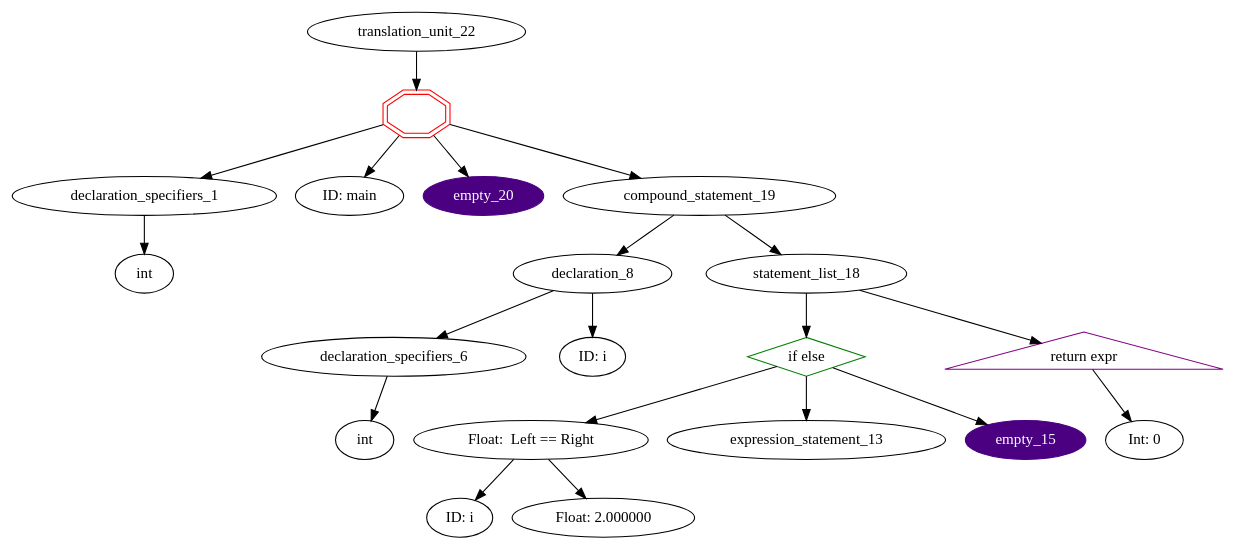
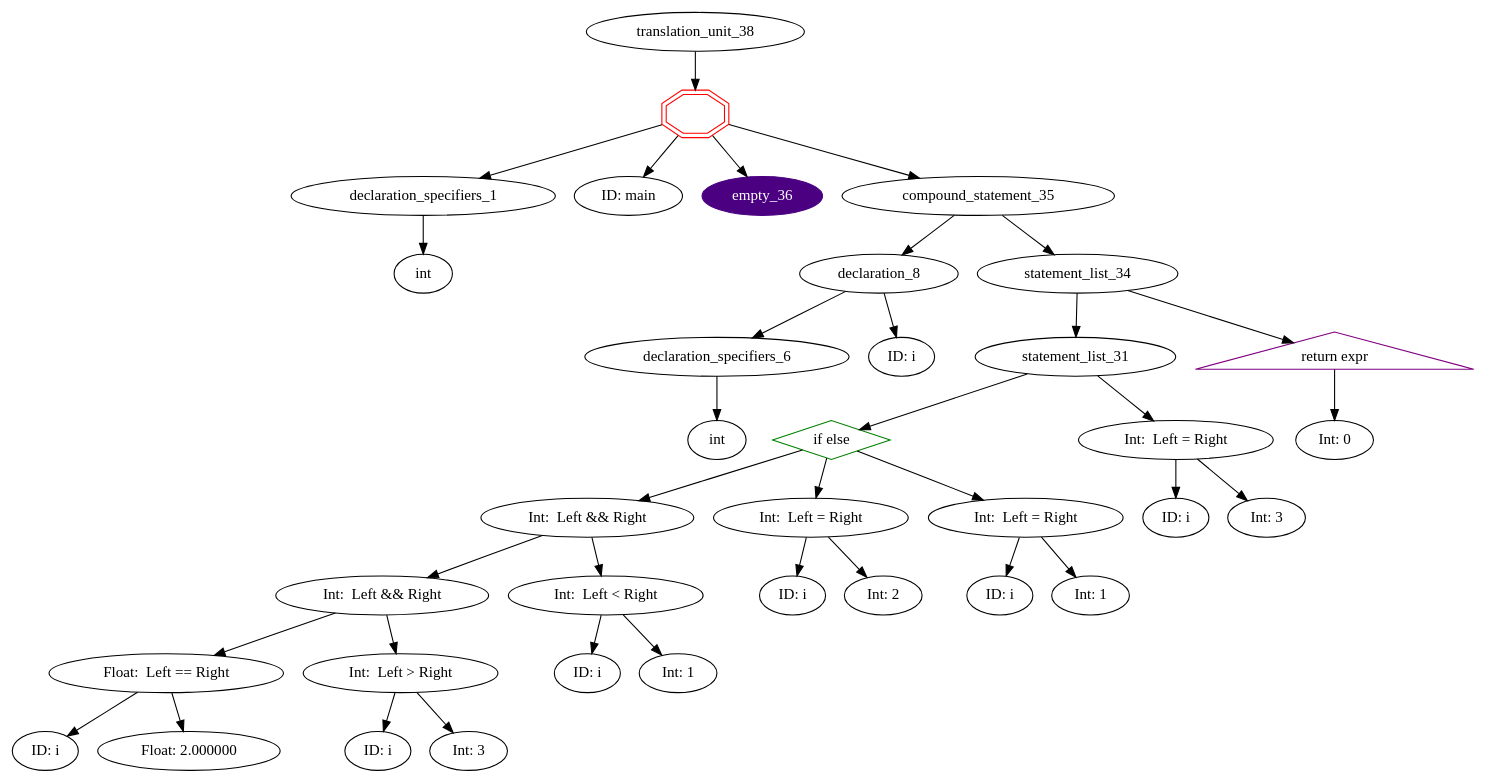
The diagram in graphs/default.gv (ahpalmerUNR/c_compiler), drawn with Graphviz before and after one commit. The commit also changed 4 other files, not shown here.

```diff
--- a/graphs/default.gv
+++ b/graphs/default.gv
@@ -1,37 +1,69 @@
 digraph AST {
-	translation_unit_22 -> function_definition_21;
-	function_definition_21 [shape=doubleoctagon,color=red,label=""]
-	function_definition_21 -> declaration_specifiers_1;
+	translation_unit_38 -> function_definition_37;
+	function_definition_37 [shape=doubleoctagon,color=red,label=""]
+	function_definition_37 -> declaration_specifiers_1;
 	declaration_specifiers_1 [label="declaration_specifiers_1"]
 	declaration_specifiers_1 -> type_specifier_0;
 	type_specifier_0 [label="int"]
-	function_definition_21 -> identifier_2;
+	function_definition_37 -> identifier_2;
 	identifier_2 [label="ID: main"]
-	function_definition_21 -> empty_20;
-	empty_20 [style=filled,color=indigo,fontcolor=white]
-	function_definition_21 -> compound_statement_19;
-	compound_statement_19 -> declaration_8;
+	function_definition_37 -> empty_36;
+	empty_36 [style=filled,color=indigo,fontcolor=white]
+	function_definition_37 -> compound_statement_35;
+	compound_statement_35 -> declaration_8;
 	declaration_8 [label="declaration_8"]
 	declaration_8 -> declaration_specifiers_6;
 	declaration_specifiers_6 [label="declaration_specifiers_6"]
 	declaration_specifiers_6 -> type_specifier_5;
 	type_specifier_5 [label="int"]
 	declaration_8 -> identifier_7;
 	identifier_7 [label="ID: i"]
-	compound_statement_19 -> statement_list_18;
-	statement_list_18 -> selection_statement_14;
-	selection_statement_14 [shape=diamond,color=green,label="if else"]
-	selection_statement_14 -> equality_expression_11;
+	compound_statement_35 -> statement_list_34;
+	statement_list_34 -> statement_list_31;
+	statement_list_31 -> selection_statement_27;
+	selection_statement_27 [shape=diamond,color=green,label="if else"]
+	selection_statement_27 -> conditional_expression_20;
+	conditional_expression_20 [label="Int:  Left && Right"]
+	conditional_expression_20 -> conditional_expression_16;
+	conditional_expression_16 [label="Int:  Left && Right"]
+	conditional_expression_16 -> equality_expression_11;
 	equality_expression_11 [label="Float:  Left == Right"]
 	equality_expression_11 -> identifier_9;
 	identifier_9 [label="ID: i"]
 	equality_expression_11 -> constant_10;
 	constant_10 [label="Float: 2.000000"]
-	selection_statement_14 -> expression_statement_13;
-	selection_statement_14 -> empty_15;
-	empty_15 [style=filled,color=indigo,fontcolor=white]
-	statement_list_18 -> jump_statement_17;
-	jump_statement_17 [shape = triangle,color=purple,label="return expr"]
-	jump_statement_17 -> constant_16;
-	constant_16 [label="Int: 0"]
+	conditional_expression_16 -> equality_expression_15;
+	equality_expression_15 [label="Int:  Left > Right"]
+	equality_expression_15 -> identifier_13;
+	identifier_13 [label="ID: i"]
+	equality_expression_15 -> constant_14;
+	constant_14 [label="Int: 3"]
+	conditional_expression_20 -> equality_expression_19;
+	equality_expression_19 [label="Int:  Left < Right"]
+	equality_expression_19 -> identifier_17;
+	identifier_17 [label="ID: i"]
+	equality_expression_19 -> constant_18;
+	constant_18 [label="Int: 1"]
+	selection_statement_27 -> assignment_expression_23;
+	assignment_expression_23 [label="Int:  Left = Right"]
+	assignment_expression_23 -> identifier_21;
+	identifier_21 [label="ID: i"]
+	assignment_expression_23 -> constant_22;
+	constant_22 [label="Int: 2"]
+	selection_statement_27 -> assignment_expression_26;
+	assignment_expression_26 [label="Int:  Left = Right"]
+	assignment_expression_26 -> identifier_24;
+	identifier_24 [label="ID: i"]
+	assignment_expression_26 -> constant_25;
+	constant_25 [label="Int: 1"]
+	statement_list_31 -> assignment_expression_30;
+	assignment_expression_30 [label="Int:  Left = Right"]
+	assignment_expression_30 -> identifier_28;
+	identifier_28 [label="ID: i"]
+	assignment_expression_30 -> constant_29;
+	constant_29 [label="Int: 3"]
+	statement_list_34 -> jump_statement_33;
+	jump_statement_33 [shape = triangle,color=purple,label="return expr"]
+	jump_statement_33 -> constant_32;
+	constant_32 [label="Int: 0"]
 }
```
